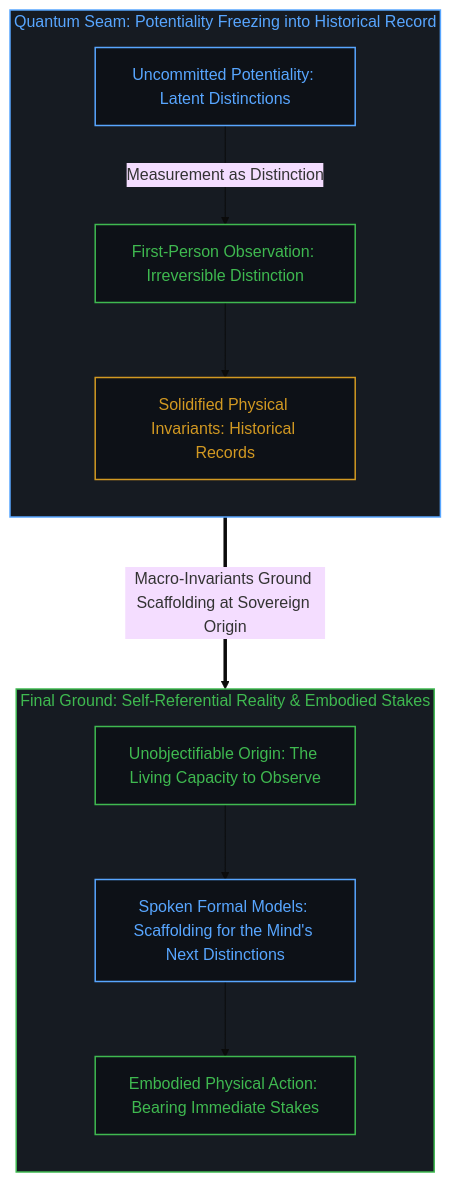
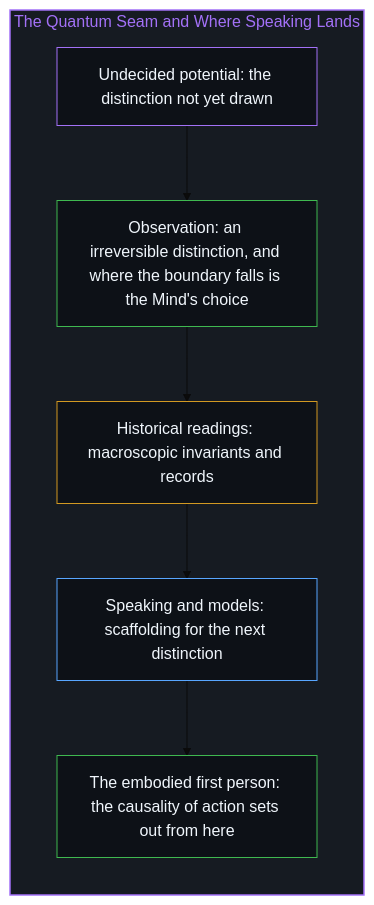
Before and after one commit to powerpig99/not-a-toe: the tenth of 10 diagrams in content/posts/all-that-can-be-spoken-is-the-product-of-the-unspeakable.md, drawn with Mermaid (base theme). The commit also changed other lines of this file and 2 other files, not shown here.

Commit message:
Refine all-that-can-be-spoken-is-the-product-of-the-unspeakable: alternating bilingual layout, five paired diagrams, the cut and the informational side of the machine, implicit first person

````diff
--- a/content/posts/all-that-can-be-spoken-is-the-product-of-the-unspeakable.md
+++ b/content/posts/all-that-can-be-spoken-is-the-product-of-the-unspeakable.md
@@ -363,29 +326,22 @@
 ```mermaid
-graph TD
-    classDef default fill:#0d1117,stroke:#30363d,stroke-width:1px,color:#f0f6fc;
-    classDef mind fill:#0d1117,stroke:#3fb950,stroke-width:1.5px,color:#3fb950;
-    classDef failure fill:#0d1117,stroke:#f85149,stroke-width:1.5px,color:#f85149;
-    classDef scaffold fill:#0d1117,stroke:#d29922,stroke-width:1.5px,color:#d29922;
-    classDef model fill:#0d1117,stroke:#58a6ff,stroke-width:1.5px,color:#58a6ff;
-
-    subgraph S_QuantumPhase_EN ["Quantum Seam: Potentiality Freezing into Historical Record"]
+flowchart TD
+    subgraph S_Seam["The Quantum Seam and Where Speaking Lands"]
         direction TB
-        QE1["Uncommitted Potentiality: Latent Distinctions"]:::model
-        QE2["First-Person Observation: Irreversible Distinction"]:::mind
-        QE3["Solidified Physical Invariants: Historical Records"]:::scaffold
-        QE1 -->|"Measurement as Distinction"| QE2 --> QE3
+        Pot["Undecided potential: the distinction not yet drawn"]
+        Obs["Observation: an irreversible distinction, and where the boundary falls is the Mind's choice"]
+        Rec["Historical readings: macroscopic invariants and records"]
+        Scaf["Speaking and models: scaffolding for the next distinction"]
+        Origin["The embodied first person: the causality of action sets out from here"]
+        Pot --> Obs
+        Obs --> Rec
+        Rec --> Scaf
+        Scaf --> Origin
     end
 
-    subgraph S_EmbodiedCausality_EN ["Final Ground: Self-Referential Reality & Embodied Stakes"]
-        direction TB
-        CE1["Unobjectifiable Origin: The Living Capacity to Observe"]:::mind
-        CE2["Spoken Formal Models: Scaffolding for the Mind's Next Distinctions"]:::model
-        CE3["Embodied Physical Action: Bearing Immediate Stakes"]:::mind
-        CE1 --> CE2 --> CE3
-    end
-
-    QE3 ===>|"Macro-Invariants Ground Scaffolding at Sovereign Origin"| CE1
-
-    style S_QuantumPhase_EN fill:#161b22,stroke:#58a6ff,stroke-width:1.5px,color:#58a6ff
-    style S_EmbodiedCausality_EN fill:#161b22,stroke:#3fb950,stroke-width:1.5px,color:#3fb950
+    style S_Seam fill:#161b22,stroke:#a371f7,stroke-width:1.5px,color:#a371f7
+    style Pot fill:#0d1117,stroke:#a371f7,stroke-width:1px,color:#f0f6fc
+    style Obs fill:#0d1117,stroke:#3fb950,stroke-width:1px,color:#f0f6fc
+    style Rec fill:#0d1117,stroke:#d29922,stroke-width:1px,color:#f0f6fc
+    style Scaf fill:#0d1117,stroke:#58a6ff,stroke-width:1px,color:#f0f6fc
+    style Origin fill:#0d1117,stroke:#3fb950,stroke-width:1px,color:#f0f6fc
 ```
````
